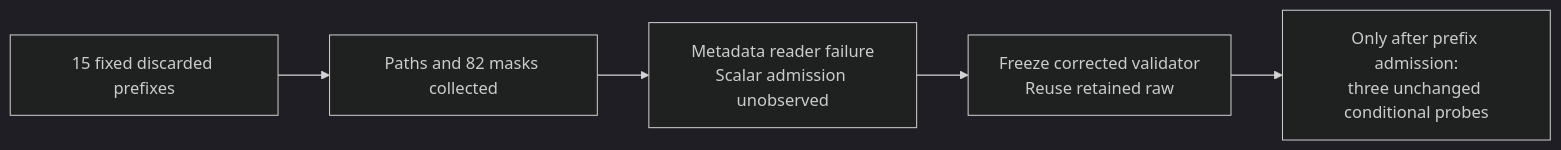
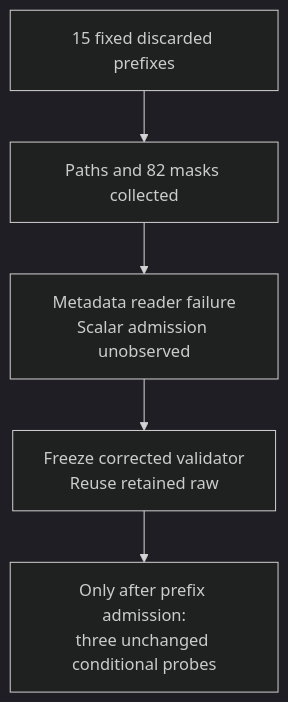
One commit to manfromnowhere143/sentinel changed the ninth of 10 diagrams in docs/ARCHITECTURE.md. Above: the diagram before and after it, drawn with Mermaid (dark theme). The commit also changed other lines of this file and 8 other files, not shown here.

````diff
--- a/docs/ARCHITECTURE.md
+++ b/docs/ARCHITECTURE.md
@@ -681,7 +701,9 @@
 ```mermaid
-flowchart LR
+flowchart TB
+  accTitle: Invalid discarded-prefix audit
+  accDescr: Retained raw survives an admission failure and must not be recollected.
   A["15 fixed discarded prefixes"] --> B["Paths and 82 masks collected"]
   B --> C["Metadata reader failure<br/>Scalar admission unobserved"]
   C --> D["Freeze corrected validator<br/>Reuse retained raw"]
   D --> E["Only after prefix admission:<br/>three unchanged conditional probes"]
 ```
````
